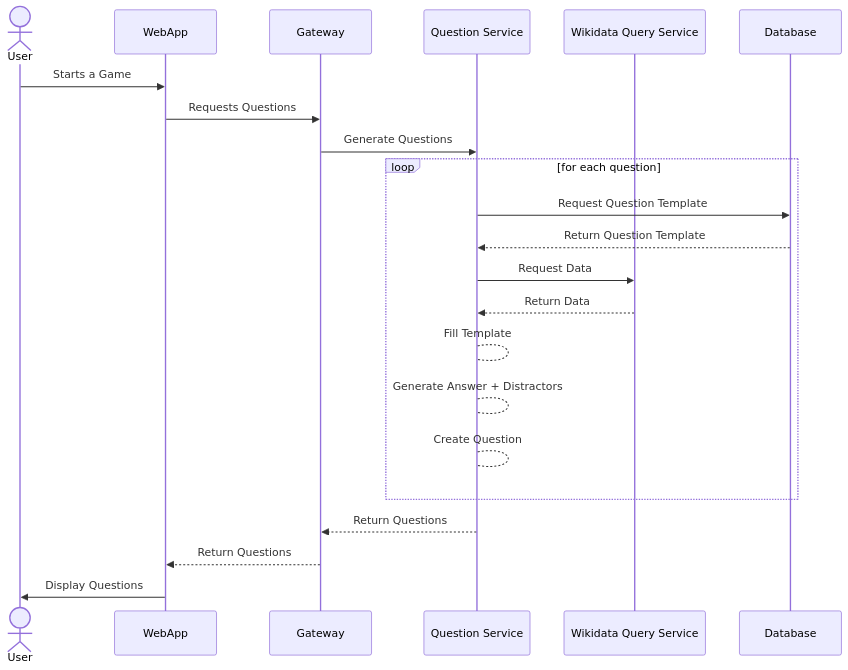
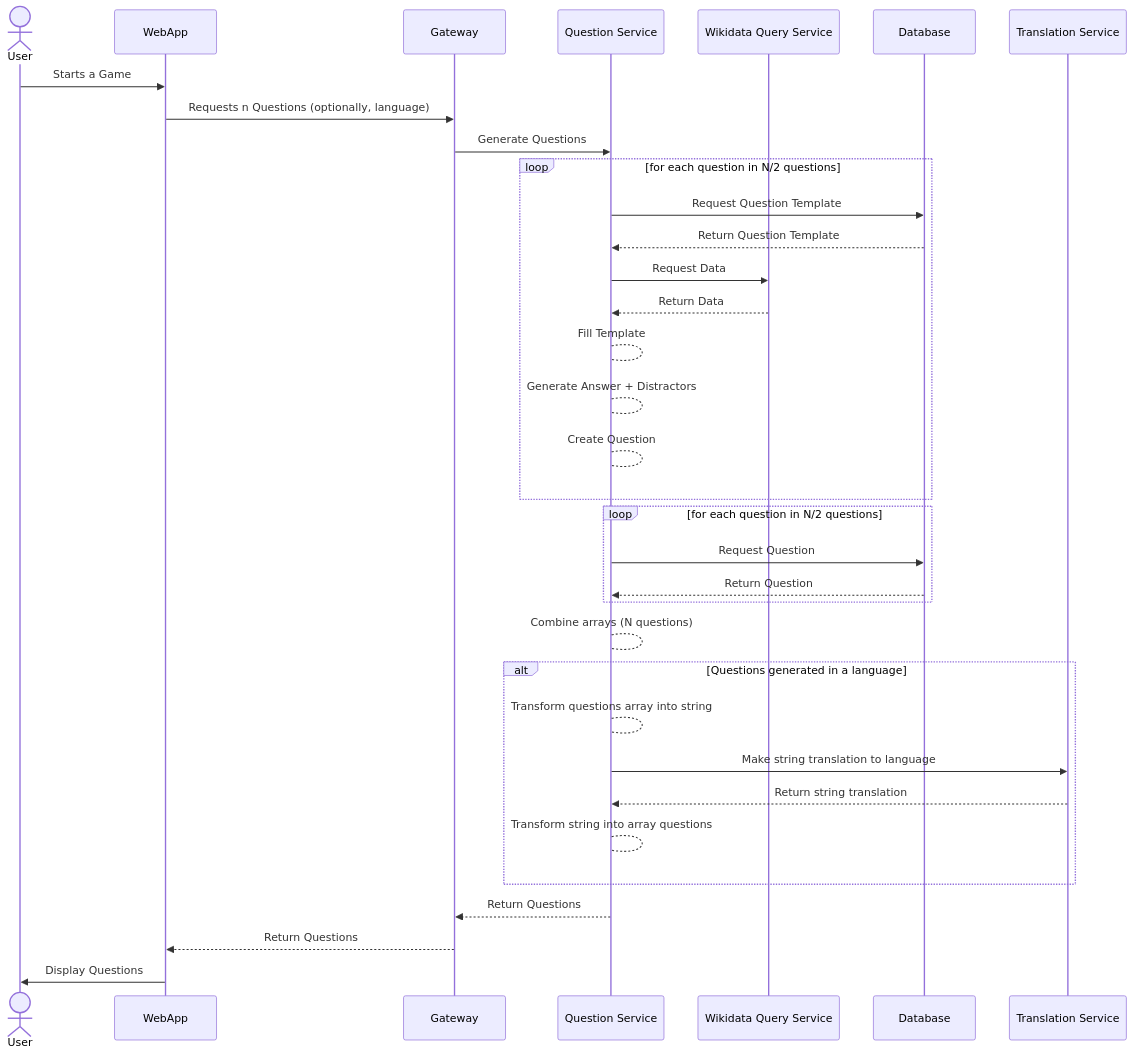
Before and after one commit to Arquisoft/wiq_en3b: the second of 3 diagrams in docs/src/06_runtime_view.adoc, drawn with Mermaid. The commit also changed other lines of this file and 2 other files, not shown here.

```diff
--- a/docs/src/06_runtime_view.adoc
+++ b/docs/src/06_runtime_view.adoc
@@ -75,27 +103,43 @@
 [mermaid]
 ....
  sequenceDiagram
     actor U as User
     participant FE as WebApp 
     participant BE as Gateway 
     participant QGS as Question Service
     participant WQS as Wikidata Query Service 
     participant DB as Database 
+    participant TS as Translation Service
 
     U->>FE: Starts a Game
-    FE->>BE: Requests Questions
+    FE->>BE: Requests n Questions (optionally, language)
     BE->>QGS: Generate Questions
 
-    loop for each question
+    loop for each question in N/2 questions
         QGS->>DB: Request Question Template
         DB-->>QGS: Return Question Template
         QGS->>WQS: Request Data
         WQS-->>QGS: Return Data
         QGS-->QGS: Fill Template
         QGS-->QGS: Generate Answer + Distractors
         QGS-->QGS: Create Question
-    end 
+    end
+    
+    loop for each question in N/2 questions
+        QGS->>DB: Request Question
+        DB-->>QGS: Return Question
+    end
+
+    QGS-->QGS: Combine arrays (N questions) 
+
+    alt Questions generated in a language
+        QGS-->QGS: Transform questions array into string
+        QGS->>TS: Make string translation to language
+        TS-->>QGS: Return string translation
+        QGS-->QGS: Transform string into array questions
+    end
+    
     QGS-->>BE: Return Questions
     BE-->>FE: Return Questions
     FE->>U: Display Questions
 ....
```
